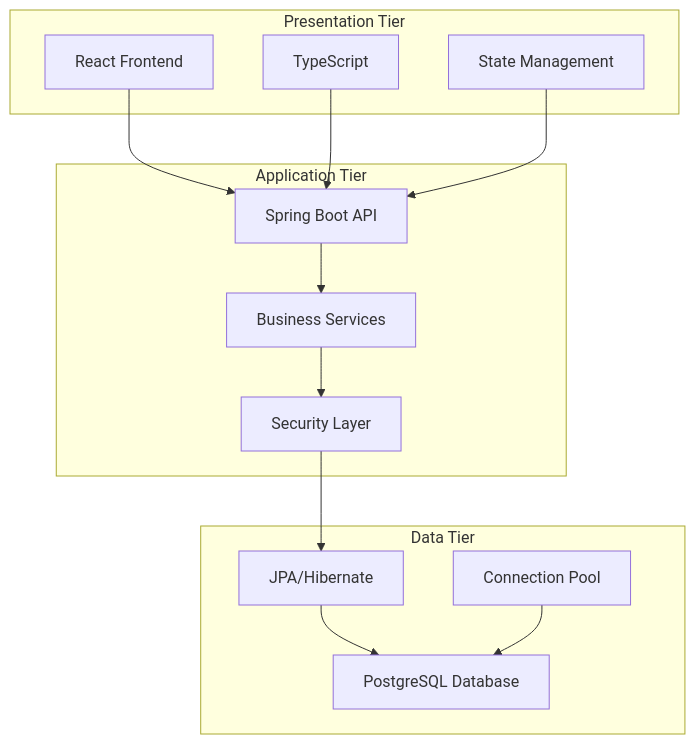
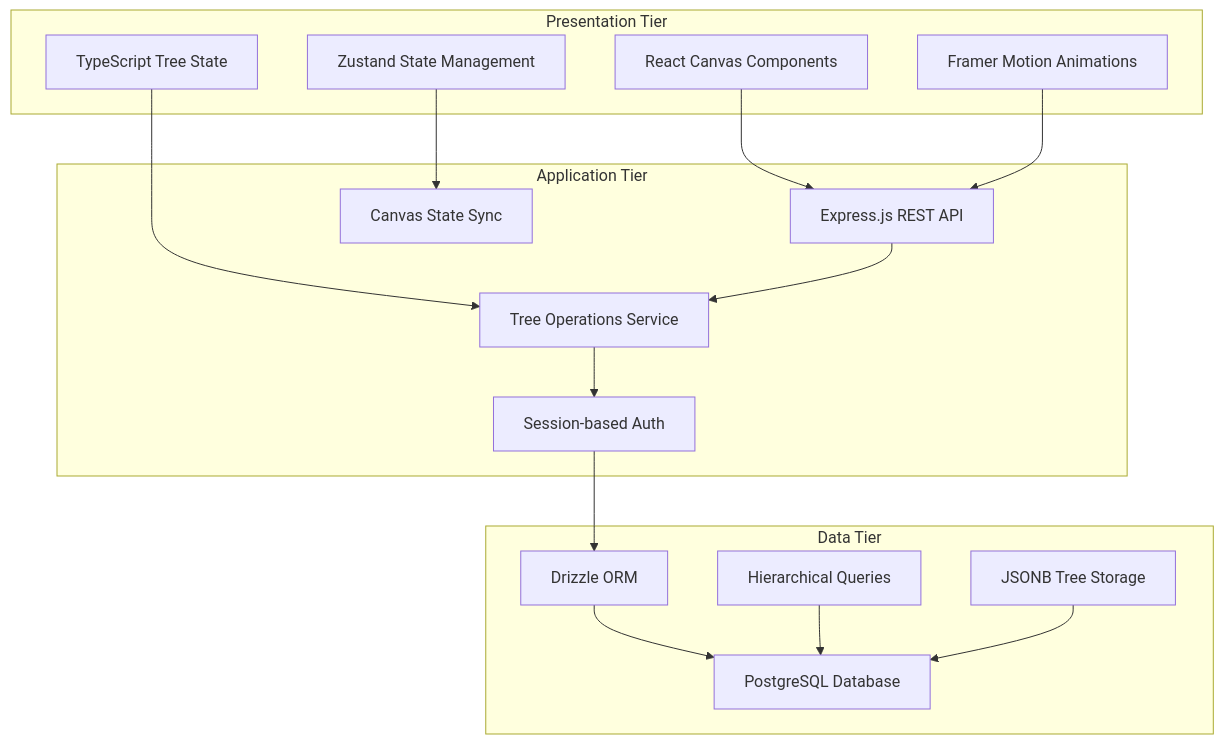
The first of 9 diagrams in docs/architecture/System_Architecture_Overview.md (catalinviciu/ProductCanvas), drawn with Mermaid before and after one commit. The commit also changed other lines of this file, not shown here.

First line of the commit message:
Assistant checkpoint: Updated architecture overview with Impact Tree specifics

````diff
--- a/docs/architecture/System_Architecture_Overview.md
+++ b/docs/architecture/System_Architecture_Overview.md
@@ -38,29 +39,34 @@
 ```mermaid
 graph TB
     subgraph "Presentation Tier"
-        A[React Frontend]
-        B[TypeScript]
-        C[State Management]
+        A[React Canvas Components]
+        B[TypeScript Tree State]
+        C[Zustand State Management]
+        D[Framer Motion Animations]
     end
     
     subgraph "Application Tier"
-        D[Spring Boot API]
-        E[Business Services]
-        F[Security Layer]
+        E[Express.js REST API]
+        F[Tree Operations Service]
+        G[Canvas State Sync]
+        H[Session-based Auth]
     end
     
     subgraph "Data Tier"
-        G[PostgreSQL Database]
-        H[JPA/Hibernate]
-        I[Connection Pool]
+        I[PostgreSQL Database]
+        J[Drizzle ORM]
+        K[Hierarchical Queries]
+        L[JSONB Tree Storage]
     end
     
-    A --> D
-    B --> D
-    C --> D
+    A --> E
+    B --> F
+    C --> G
     D --> E
     E --> F
     F --> H
-    H --> G
-    I --> G
+    H --> J
+    J --> I
+    K --> I
+    L --> I
 ```
````
